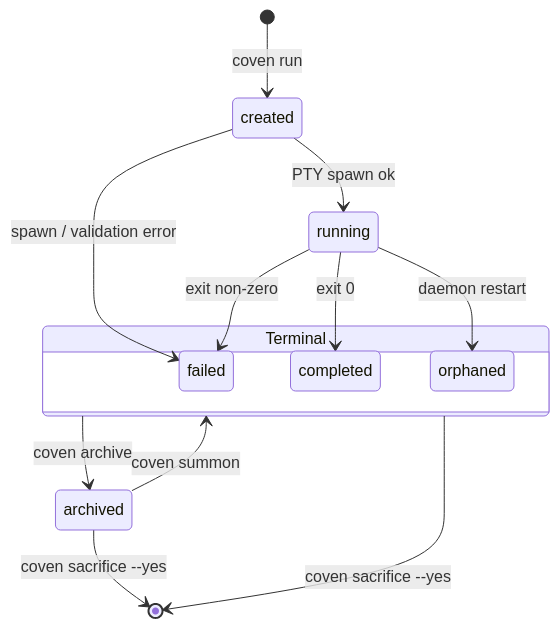
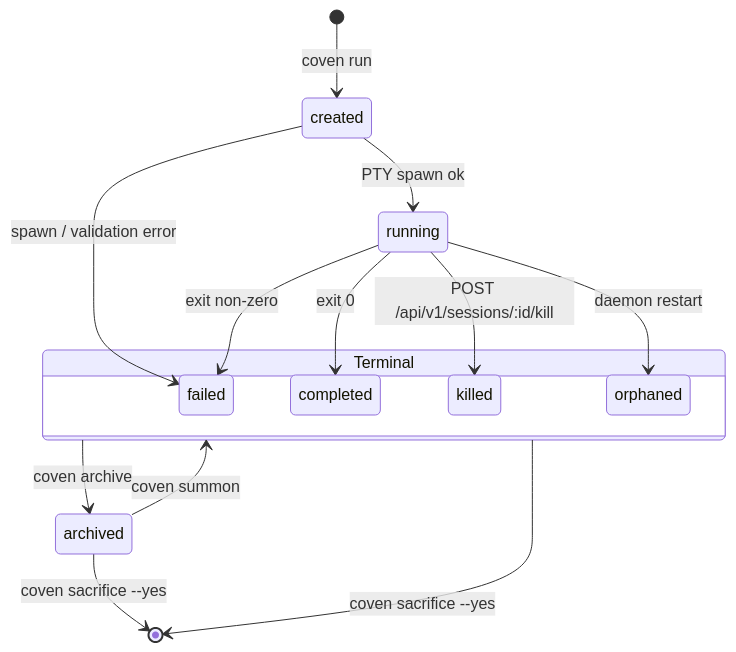
One commit to OpenCoven/coven-docs changed the first of 2 diagrams in content/docs/familiars/sessions.mdx. Above: the diagram before and after it, drawn with Mermaid. The commit also changed other lines of this file and 4 other files, not shown here.

````diff
--- a/content/docs/familiars/sessions.mdx
+++ b/content/docs/familiars/sessions.mdx
@@ -36,24 +37,26 @@
 ```mermaid
 stateDiagram-v2
   direction TB
   [*] --> created: coven run
 
   created --> running: PTY spawn ok
   created --> failed: spawn / validation error
 
   running --> completed: exit 0
   running --> failed: exit non-zero
+  running --> killed: POST /api/v1/sessions/:id/kill
   running --> orphaned: daemon restart
 
   state Terminal {
     completed
     failed
+    killed
     orphaned
   }
 
   Terminal --> archived: coven archive
   archived --> Terminal: coven summon
 
   Terminal --> [*]: coven sacrifice --yes
   archived --> [*]: coven sacrifice --yes
 ```
````
